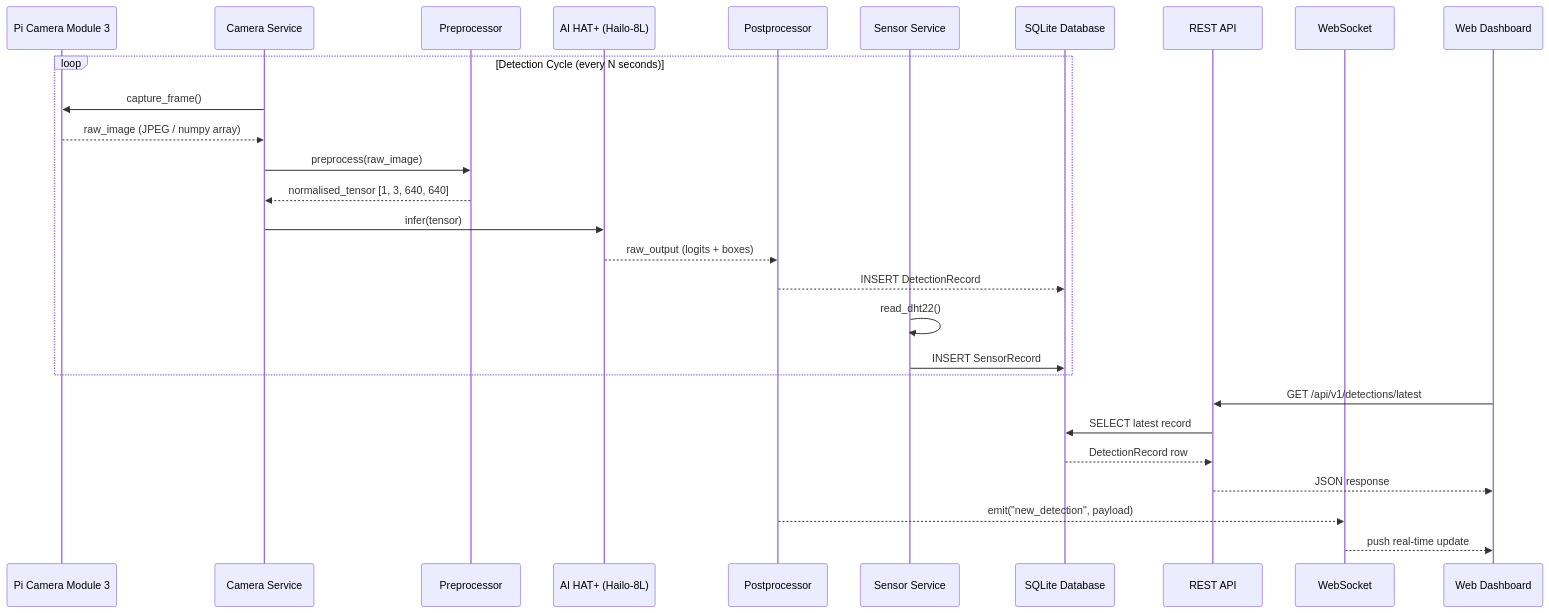
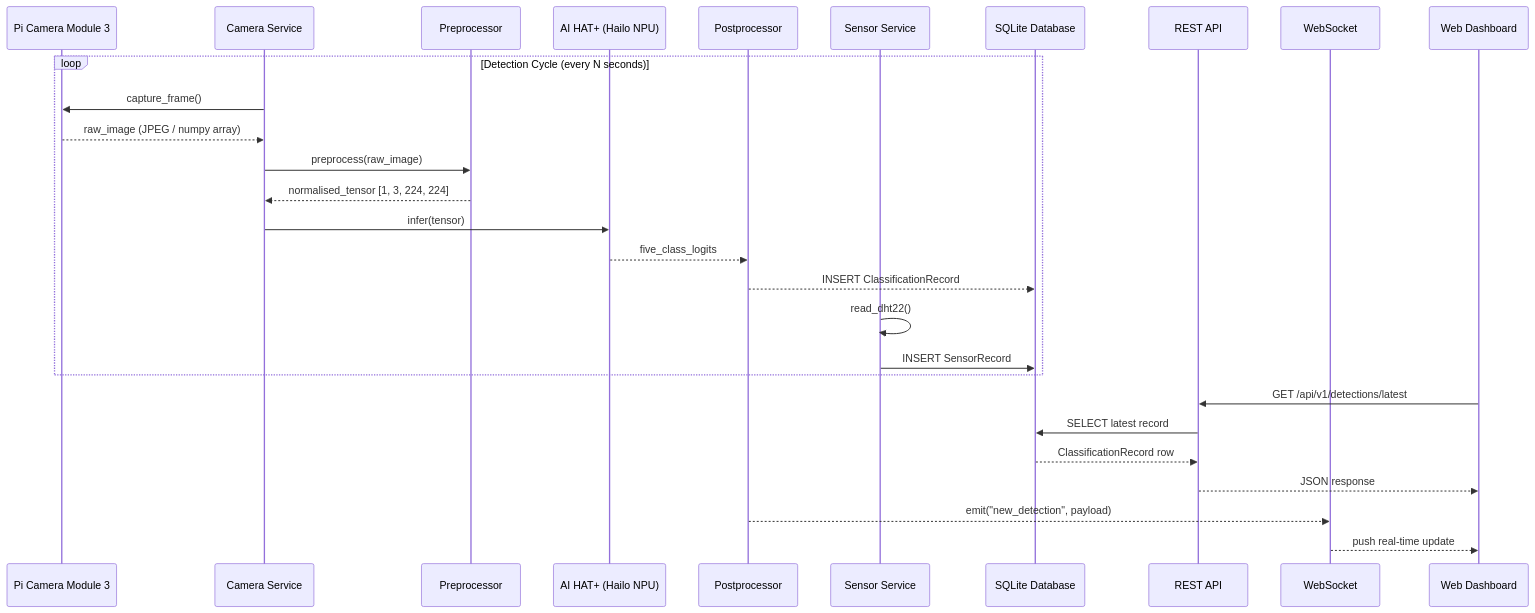
Before and after one commit to thetruesammyjay/IoT-System-for-Disease-Detection-in-Crops: the fifth of 10 diagrams in README.md, drawn with Mermaid. The commit also changed other lines of this file, not shown here.

Commit message:
tomato only, five class MobileNetV2 Classification

````diff
--- a/README.md
+++ b/README.md
@@ -395,34 +407,34 @@
 ```mermaid
 sequenceDiagram
     participant CAM as Pi Camera Module 3
     participant CS  as Camera Service
     participant PP  as Preprocessor
-    participant NPU as AI HAT+ (Hailo-8L)
+    participant NPU as AI HAT+ (Hailo NPU)
     participant POST as Postprocessor
     participant SS  as Sensor Service
     participant DB  as SQLite Database
     participant API as REST API
     participant WS  as WebSocket
     participant UI  as Web Dashboard
 
     loop Detection Cycle (every N seconds)
         CS  ->> CAM  : capture_frame()
         CAM -->> CS  : raw_image (JPEG / numpy array)
         CS  ->>  PP  : preprocess(raw_image)
-        PP  -->> CS  : normalised_tensor [1, 3, 640, 640]
+        PP  -->> CS  : normalised_tensor [1, 3, 224, 224]
         CS  ->>  NPU : infer(tensor)
-        NPU -->> POST: raw_output (logits + boxes)
-        POST -->> DB : INSERT DetectionRecord
+        NPU -->> POST: five_class_logits
+        POST -->> DB : INSERT ClassificationRecord
 
         SS  ->>  SS  : read_dht22()
         SS  ->>  DB  : INSERT SensorRecord
     end
 
     UI  ->> API : GET /api/v1/detections/latest
     API ->>  DB : SELECT latest record
-    DB  -->> API: DetectionRecord row
+    DB  -->> API: ClassificationRecord row
     API -->> UI : JSON response
 
     POST -->> WS : emit("new_detection", payload)
     WS  -->> UI  : push real-time update
 ```
````
